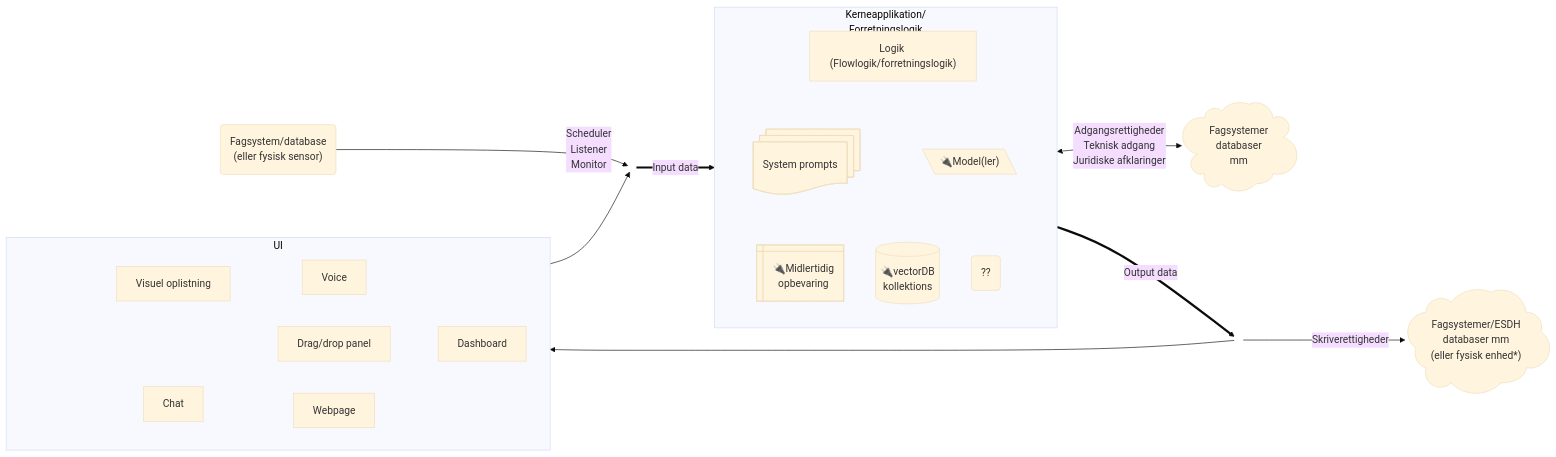
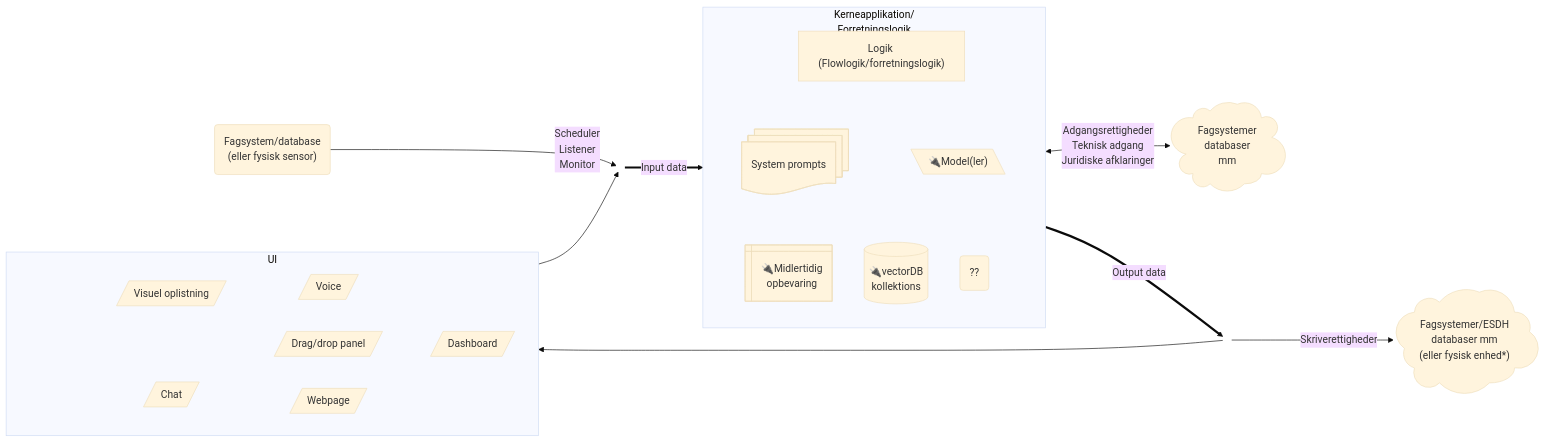
Before and after one commit to OS2sandbox/public-genai-governance: the second of 2 diagrams in docs/minimumskrav/baggrund_objekt_for_os2AI.md, drawn with Mermaid (base theme).

Commit message:
Use in-out shape for UI elem

````diff
--- a/docs/minimumskrav/baggrund_objekt_for_os2AI.md
+++ b/docs/minimumskrav/baggrund_objekt_for_os2AI.md
@@ -57,71 +57,71 @@
 ```mermaid
 flowchart LR
     classDef inViz fill:None,stroke-width:0px;
     inVizStart:::inViz@{shape: junction}
     inVizEnd:::inViz@{shape: junction}
 
     subgraph coreapp["`Kerneapplikation/
                         Forretningslogik`"]
         direction TB
         logik["`Logik (Flowlogik/forretningslogik)`"]
         models@{ shape: lean-l, label: "🔌Model(ler)" }
         prompts@{ shape: docs, label: "System prompts" }
         tables@{ shape: db, label: "🔌vectorDB\n kollektions"}
         storage@{ shape: win-pane, label: "🔌Midlertidig\n opbevaring" }
         other@{ shape: rounded, label: "??"}
 
         %% Arrange components within coreapp with invisible links %%
         %% This reflects no logic %%
         %% vertical links %%
         logik ~~~ prompts ~~~ storage
                   prompts ~~~ tables
         logik ~~~ models ~~~ tables 
                   models ~~~ other
 
     end
 
     inVizStart =="Input data"==> coreapp
     
     systems@{ shape: cloud, label: "Fagsystemer
               databaser
               mm"}
     
     coreapp <--"Adgangsrettigheder
                 Teknisk adgang
                 Juridiske afklaringer"--> systems
 
     coreapp =="Output data"==> inVizEnd
 
     subgraph ui["UI"]
         direction LR
-        ui_chat["Chat"]
-        ui_panel["Drag/drop panel"]
-        ui_web["Webpage"]
-        ui_voice["Voice"]
-        ui_viz["Visuel oplistning"]
-        ui_board["Dashboard"]
+        ui_chat@{ shape: in-out, label: "Chat"}
+        ui_panel@{ shape: in-out, label: "Drag/drop panel"}
+        ui_web@{ shape: in-out, label: "Webpage"}
+        ui_voice@{ shape: in-out, label: "Voice"}
+        ui_viz@{ shape: in-out, label: "Visuel oplistning"}
+        ui_board@{ shape: in-out, label: "Dashboard"}
 
         %% Arrange components within coreapp with invisible links %%
         %% This reflects no logic %%
         inVizAnchor[" "]:::inViz
         %% pairwise linking %%
         inVizAnchor ~~~ ui_viz ~~~ ui_voice ~~~ ui_board
                         ui_viz ~~~ ui_panel ~~~ ui_board
         inVizAnchor ~~~ ui_chat ~~~ ui_panel ~~~ ui_board
                         ui_chat ~~~ ui_web ~~~ ui_board
     end
 
     out_systems@{ shape: cloud, label: "Fagsystemer/ESDH
                 databaser mm 
                 (eller fysisk enhed*)"}
     
     inVizEnd --"Skriverettigheder"--> out_systems
     inVizEnd --> ui
     ui --> inVizStart
 
     altInput@{ shape: event, label: "Fagsystem/database 
     (eller fysisk sensor)" } --"Scheduler
                                 Listener
                                 Monitor"-->inVizStart
 
 ```
````
